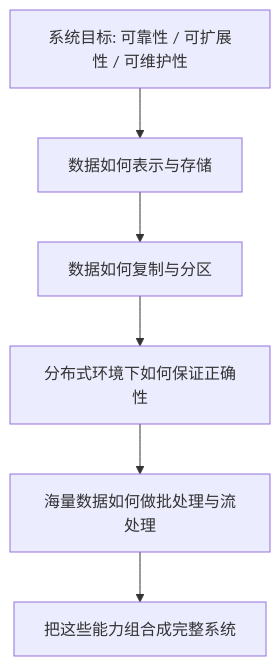
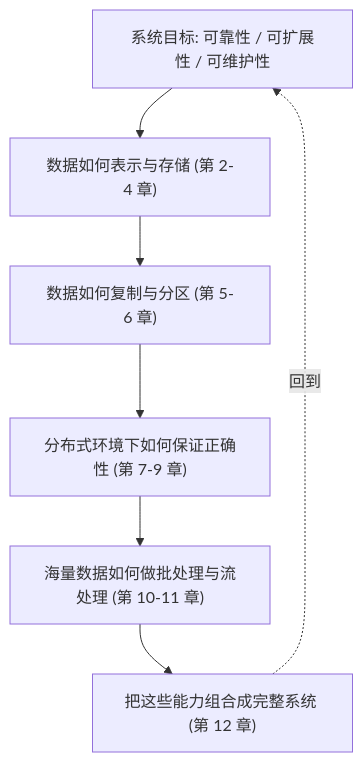
Before and after one commit to qxq1997/learning_stuff: the diagram in DDIA/01_DDIA在讲什么与全书地图.md, drawn with Mermaid. The commit also changed other lines of this file and 7 other files, not shown here.

````diff
--- a/DDIA/01_DDIA在讲什么与全书地图.md
+++ b/DDIA/01_DDIA在讲什么与全书地图.md
@@ -183,8 +321,9 @@
 ```mermaid
 flowchart TD
-    A["系统目标: 可靠性 / 可扩展性 / 可维护性"] --> B["数据如何表示与存储"]
-    B --> C["数据如何复制与分区"]
-    C --> D["分布式环境下如何保证正确性"]
-    D --> E["海量数据如何做批处理与流处理"]
-    E --> F["把这些能力组合成完整系统"]
+    A["系统目标: 可靠性 / 可扩展性 / 可维护性"] --> B["数据如何表示与存储 (第 2-4 章)"]
+    B --> C["数据如何复制与分区 (第 5-6 章)"]
+    C --> D["分布式环境下如何保证正确性 (第 7-9 章)"]
+    D --> E["海量数据如何做批处理与流处理 (第 10-11 章)"]
+    E --> F["把这些能力组合成完整系统 (第 12 章)"]
+    F -.回到.-> A
 ```
````
